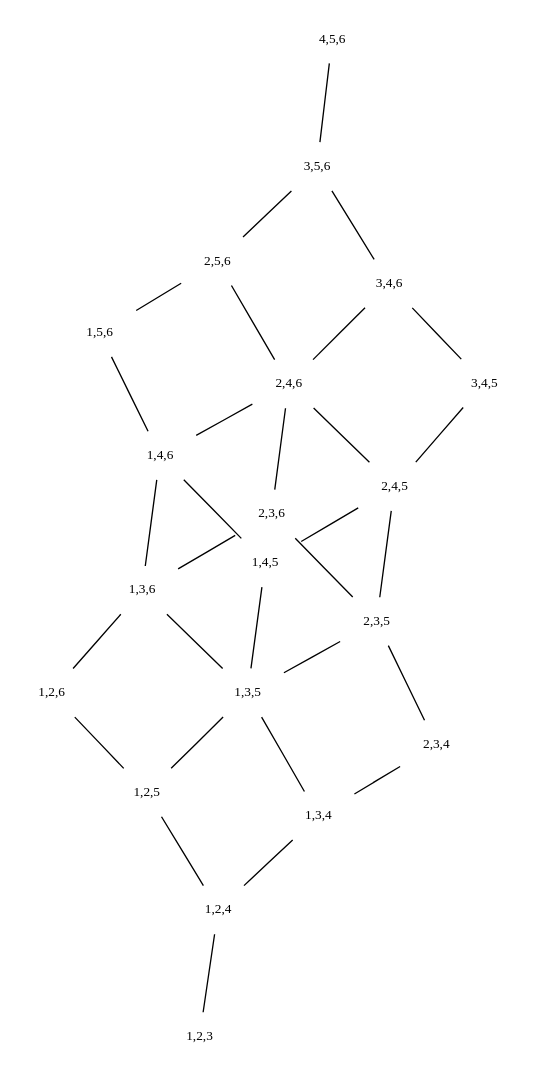
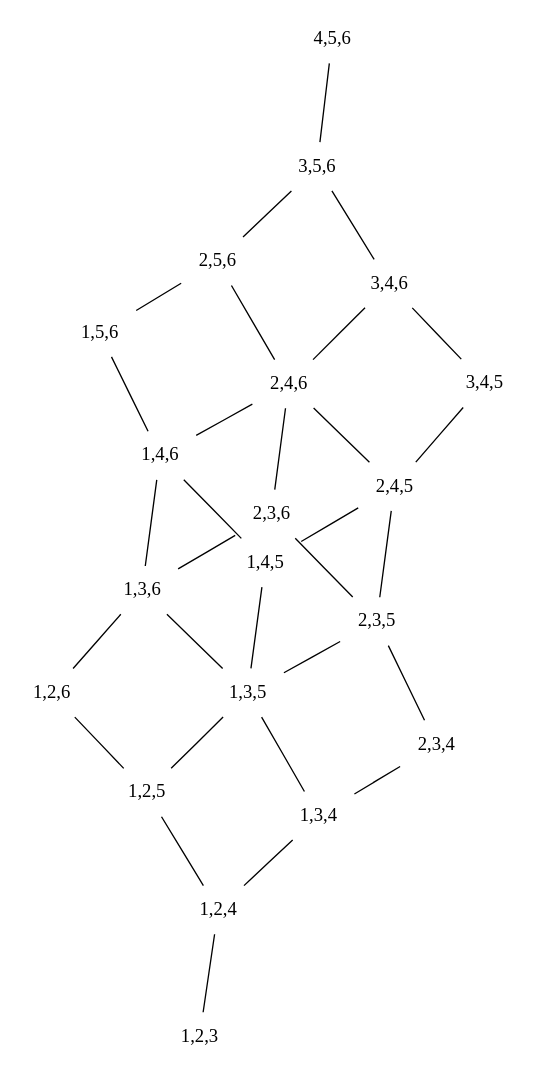
One commit to rd--/hmt changed the diagram in data/dot/tj/oh/tj_oh_p114.2.dot. Above: the diagram before and after it, drawn with Graphviz. The commit also changed 34 other files, not shown here.

```diff
--- a/data/dot/tj/oh/tj_oh_p114.2.dot
+++ b/data/dot/tj/oh/tj_oh_p114.2.dot
@@ -1,56 +1,56 @@
 graph
  g {
-edge [len=1.25];
-graph [layout=neato,epsilon=0.000001];
-node [shape=plaintext,fontsize=10,fontname="century schoolbook"];
+edge [len=1.25]
+graph [layout=neato,epsilon=0.000001,fontsize=10,fontname="century schoolbook"]
+node [shape=plaintext]
 0 [label="1,2,3"];
 1 [label="1,2,4"];
 2 [label="1,2,5"];
 3 [label="1,3,4"];
 4 [label="1,2,6"];
 5 [label="1,3,5"];
 6 [label="1,3,6"];
 7 [label="2,3,4"];
 8 [label="1,4,5"];
 9 [label="2,3,5"];
 10 [label="1,4,6"];
 11 [label="2,3,6"];
 12 [label="2,4,5"];
 13 [label="1,5,6"];
 14 [label="2,4,6"];
 15 [label="2,5,6"];
 16 [label="3,4,5"];
 17 [label="3,4,6"];
 18 [label="3,5,6"];
 19 [label="4,5,6"];
 0 -- 1;
 1 -- 2;
 1 -- 3;
 2 -- 4;
 2 -- 5;
 3 -- 5;
 3 -- 7;
 4 -- 6;
 5 -- 6;
 5 -- 8;
 5 -- 9;
 6 -- 10;
 6 -- 11;
 7 -- 9;
 8 -- 10;
 8 -- 12;
 9 -- 11;
 9 -- 12;
 10 -- 13;
 10 -- 14;
 11 -- 14;
 12 -- 14;
 12 -- 16;
 13 -- 15;
 14 -- 15;
 14 -- 17;
 15 -- 18;
 16 -- 17;
 17 -- 18;
 18 -- 19;
 }
```
